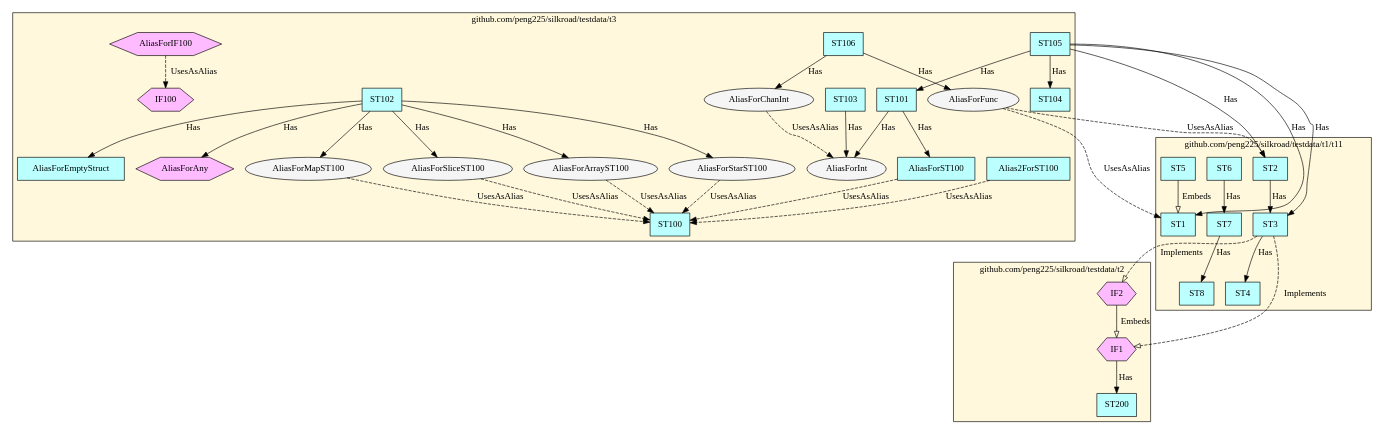
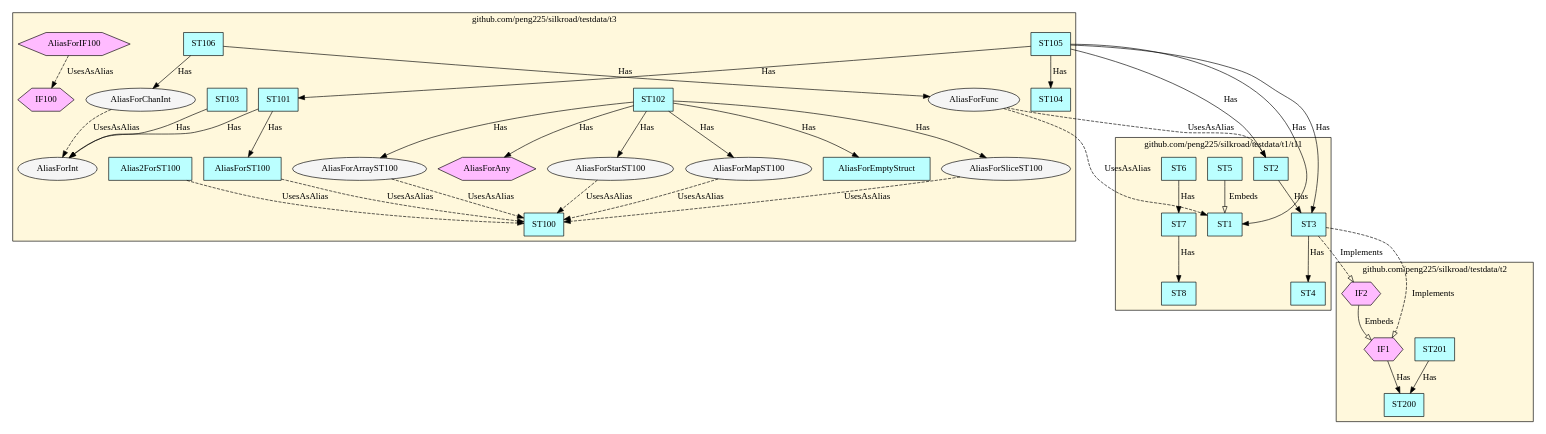
The diagram in test2.dot (peng225/silkroad), drawn with Graphviz before and after one commit. The commit also changed 6 other files, not shown here.

```diff
--- a/test2.dot
+++ b/test2.dot
@@ -1,10 +1,36 @@
 digraph G {
 node[style="filled" fillcolor="whitesmoke"]
+subgraph cluster_github_com_peng225_silkroad_testdata_t3 {
+  label = "github.com/peng225/silkroad/testdata/t3";
+  style = "solid";
+  bgcolor = "cornsilk";
+  "github.com/peng225/silkroad/testdata/t3.AliasForEmptyStruct" [label="AliasForEmptyStruct" shape="rect" fillcolor="paleturquoise1"];
+  "github.com/peng225/silkroad/testdata/t3.ST100" [label="ST100" shape="rect" fillcolor="paleturquoise1"];
+  "github.com/peng225/silkroad/testdata/t3.ST102" [label="ST102" shape="rect" fillcolor="paleturquoise1"];
+  "github.com/peng225/silkroad/testdata/t3.ST106" [label="ST106" shape="rect" fillcolor="paleturquoise1"];
+  "github.com/peng225/silkroad/testdata/t3.ST105" [label="ST105" shape="rect" fillcolor="paleturquoise1"];
+  "github.com/peng225/silkroad/testdata/t3.AliasForST100" [label="AliasForST100" shape="rect" fillcolor="paleturquoise1"];
+  "github.com/peng225/silkroad/testdata/t3.Alias2ForST100" [label="Alias2ForST100" shape="rect" fillcolor="paleturquoise1"];
+  "github.com/peng225/silkroad/testdata/t3.ST101" [label="ST101" shape="rect" fillcolor="paleturquoise1"];
+  "github.com/peng225/silkroad/testdata/t3.ST103" [label="ST103" shape="rect" fillcolor="paleturquoise1"];
+  "github.com/peng225/silkroad/testdata/t3.ST104" [label="ST104" shape="rect" fillcolor="paleturquoise1"];
+  "github.com/peng225/silkroad/testdata/t3.AliasForIF100" [label="AliasForIF100" shape="hexagon" fillcolor="plum1"];
+  "github.com/peng225/silkroad/testdata/t3.AliasForAny" [label="AliasForAny" shape="hexagon" fillcolor="plum1"];
+  "github.com/peng225/silkroad/testdata/t3.IF100" [label="IF100" shape="hexagon" fillcolor="plum1"];
+  "github.com/peng225/silkroad/testdata/t3.AliasForInt" [label="AliasForInt" shape="ellipse" fillcolor="whitesmoke"];
+  "github.com/peng225/silkroad/testdata/t3.AliasForFunc" [label="AliasForFunc" shape="ellipse" fillcolor="whitesmoke"];
+  "github.com/peng225/silkroad/testdata/t3.AliasForMapST100" [label="AliasForMapST100" shape="ellipse" fillcolor="whitesmoke"];
+  "github.com/peng225/silkroad/testdata/t3.AliasForSliceST100" [label="AliasForSliceST100" shape="ellipse" fillcolor="whitesmoke"];
+  "github.com/peng225/silkroad/testdata/t3.AliasForArrayST100" [label="AliasForArrayST100" shape="ellipse" fillcolor="whitesmoke"];
+  "github.com/peng225/silkroad/testdata/t3.AliasForStarST100" [label="AliasForStarST100" shape="ellipse" fillcolor="whitesmoke"];
+  "github.com/peng225/silkroad/testdata/t3.AliasForChanInt" [label="AliasForChanInt" shape="ellipse" fillcolor="whitesmoke"];
+}
 subgraph cluster_github_com_peng225_silkroad_testdata_t2 {
   label = "github.com/peng225/silkroad/testdata/t2";
   style = "solid";
   bgcolor = "cornsilk";
   "github.com/peng225/silkroad/testdata/t2.ST200" [label="ST200" shape="rect" fillcolor="paleturquoise1"];
+  "github.com/peng225/silkroad/testdata/t2.ST201" [label="ST201" shape="rect" fillcolor="paleturquoise1"];
   "github.com/peng225/silkroad/testdata/t2.IF1" [label="IF1" shape="hexagon" fillcolor="plum1"];
   "github.com/peng225/silkroad/testdata/t2.IF2" [label="IF2" shape="hexagon" fillcolor="plum1"];
 }
@@ -12,73 +38,49 @@
   label = "github.com/peng225/silkroad/testdata/t1/t11";
   style = "solid";
   bgcolor = "cornsilk";
+  "github.com/peng225/silkroad/testdata/t1/t11.ST3" [label="ST3" shape="rect" fillcolor="paleturquoise1"];
+  "github.com/peng225/silkroad/testdata/t1/t11.ST4" [label="ST4" shape="rect" fillcolor="paleturquoise1"];
+  "github.com/peng225/silkroad/testdata/t1/t11.ST5" [label="ST5" shape="rect" fillcolor="paleturquoise1"];
   "github.com/peng225/silkroad/testdata/t1/t11.ST6" [label="ST6" shape="rect" fillcolor="paleturquoise1"];
   "github.com/peng225/silkroad/testdata/t1/t11.ST7" [label="ST7" shape="rect" fillcolor="paleturquoise1"];
   "github.com/peng225/silkroad/testdata/t1/t11.ST8" [label="ST8" shape="rect" fillcolor="paleturquoise1"];
   "github.com/peng225/silkroad/testdata/t1/t11.ST1" [label="ST1" shape="rect" fillcolor="paleturquoise1"];
   "github.com/peng225/silkroad/testdata/t1/t11.ST2" [label="ST2" shape="rect" fillcolor="paleturquoise1"];
-  "github.com/peng225/silkroad/testdata/t1/t11.ST3" [label="ST3" shape="rect" fillcolor="paleturquoise1"];
-  "github.com/peng225/silkroad/testdata/t1/t11.ST4" [label="ST4" shape="rect" fillcolor="paleturquoise1"];
-  "github.com/peng225/silkroad/testdata/t1/t11.ST5" [label="ST5" shape="rect" fillcolor="paleturquoise1"];
 }
-subgraph cluster_github_com_peng225_silkroad_testdata_t3 {
-  label = "github.com/peng225/silkroad/testdata/t3";
-  style = "solid";
-  bgcolor = "cornsilk";
-  "github.com/peng225/silkroad/testdata/t3.Alias2ForST100" [label="Alias2ForST100" shape="rect" fillcolor="paleturquoise1"];
-  "github.com/peng225/silkroad/testdata/t3.ST100" [label="ST100" shape="rect" fillcolor="paleturquoise1"];
-  "github.com/peng225/silkroad/testdata/t3.ST103" [label="ST103" shape="rect" fillcolor="paleturquoise1"];
-  "github.com/peng225/silkroad/testdata/t3.ST104" [label="ST104" shape="rect" fillcolor="paleturquoise1"];
-  "github.com/peng225/silkroad/testdata/t3.ST105" [label="ST105" shape="rect" fillcolor="paleturquoise1"];
-  "github.com/peng225/silkroad/testdata/t3.ST106" [label="ST106" shape="rect" fillcolor="paleturquoise1"];
-  "github.com/peng225/silkroad/testdata/t3.AliasForST100" [label="AliasForST100" shape="rect" fillcolor="paleturquoise1"];
-  "github.com/peng225/silkroad/testdata/t3.AliasForEmptyStruct" [label="AliasForEmptyStruct" shape="rect" fillcolor="paleturquoise1"];
-  "github.com/peng225/silkroad/testdata/t3.ST101" [label="ST101" shape="rect" fillcolor="paleturquoise1"];
-  "github.com/peng225/silkroad/testdata/t3.ST102" [label="ST102" shape="rect" fillcolor="paleturquoise1"];
-  "github.com/peng225/silkroad/testdata/t3.AliasForIF100" [label="AliasForIF100" shape="hexagon" fillcolor="plum1"];
-  "github.com/peng225/silkroad/testdata/t3.AliasForAny" [label="AliasForAny" shape="hexagon" fillcolor="plum1"];
-  "github.com/peng225/silkroad/testdata/t3.IF100" [label="IF100" shape="hexagon" fillcolor="plum1"];
-  "github.com/peng225/silkroad/testdata/t3.AliasForMapST100" [label="AliasForMapST100" shape="ellipse" fillcolor="whitesmoke"];
-  "github.com/peng225/silkroad/testdata/t3.AliasForSliceST100" [label="AliasForSliceST100" shape="ellipse" fillcolor="whitesmoke"];
-  "github.com/peng225/silkroad/testdata/t3.AliasForArrayST100" [label="AliasForArrayST100" shape="ellipse" fillcolor="whitesmoke"];
-  "github.com/peng225/silkroad/testdata/t3.AliasForStarST100" [label="AliasForStarST100" shape="ellipse" fillcolor="whitesmoke"];
-  "github.com/peng225/silkroad/testdata/t3.AliasForChanInt" [label="AliasForChanInt" shape="ellipse" fillcolor="whitesmoke"];
-  "github.com/peng225/silkroad/testdata/t3.AliasForInt" [label="AliasForInt" shape="ellipse" fillcolor="whitesmoke"];
-  "github.com/peng225/silkroad/testdata/t3.AliasForFunc" [label="AliasForFunc" shape="ellipse" fillcolor="whitesmoke"];
-}
-"github.com/peng225/silkroad/testdata/t3.AliasForMapST100" -> "github.com/peng225/silkroad/testdata/t3.ST100" [label="UsesAsAlias" arrowhead="normal" style="dashed"];
-"github.com/peng225/silkroad/testdata/t3.AliasForSliceST100" -> "github.com/peng225/silkroad/testdata/t3.ST100" [label="UsesAsAlias" arrowhead="normal" style="dashed"];
-"github.com/peng225/silkroad/testdata/t3.AliasForIF100" -> "github.com/peng225/silkroad/testdata/t3.IF100" [label="UsesAsAlias" arrowhead="normal" style="dashed"];
-"github.com/peng225/silkroad/testdata/t3.ST101" -> "github.com/peng225/silkroad/testdata/t3.AliasForST100" [label="Has" arrowhead="normal" style="solid"];
-"github.com/peng225/silkroad/testdata/t3.ST101" -> "github.com/peng225/silkroad/testdata/t3.AliasForInt" [label="Has" arrowhead="normal" style="solid"];
-"github.com/peng225/silkroad/testdata/t3.ST103" -> "github.com/peng225/silkroad/testdata/t3.AliasForInt" [label="Has" arrowhead="normal" style="solid"];
+"github.com/peng225/silkroad/testdata/t3.AliasForChanInt" -> "github.com/peng225/silkroad/testdata/t3.AliasForInt" [label="UsesAsAlias" arrowhead="normal" style="dashed"];
+"github.com/peng225/silkroad/testdata/t3.ST102" -> "github.com/peng225/silkroad/testdata/t3.AliasForArrayST100" [label="Has" arrowhead="normal" style="solid"];
 "github.com/peng225/silkroad/testdata/t3.ST102" -> "github.com/peng225/silkroad/testdata/t3.AliasForSliceST100" [label="Has" arrowhead="normal" style="solid"];
 "github.com/peng225/silkroad/testdata/t3.ST102" -> "github.com/peng225/silkroad/testdata/t3.AliasForMapST100" [label="Has" arrowhead="normal" style="solid"];
 "github.com/peng225/silkroad/testdata/t3.ST102" -> "github.com/peng225/silkroad/testdata/t3.AliasForAny" [label="Has" arrowhead="normal" style="solid"];
 "github.com/peng225/silkroad/testdata/t3.ST102" -> "github.com/peng225/silkroad/testdata/t3.AliasForEmptyStruct" [label="Has" arrowhead="normal" style="solid"];
 "github.com/peng225/silkroad/testdata/t3.ST102" -> "github.com/peng225/silkroad/testdata/t3.AliasForStarST100" [label="Has" arrowhead="normal" style="solid"];
-"github.com/peng225/silkroad/testdata/t3.ST102" -> "github.com/peng225/silkroad/testdata/t3.AliasForArrayST100" [label="Has" arrowhead="normal" style="solid"];
-"github.com/peng225/silkroad/testdata/t1/t11.ST3" -> "github.com/peng225/silkroad/testdata/t1/t11.ST4" [label="Has" arrowhead="normal" style="solid"];
+"github.com/peng225/silkroad/testdata/t2.IF2" -> "github.com/peng225/silkroad/testdata/t2.IF1" [label="Embeds" arrowhead="empty" style="solid"];
+"github.com/peng225/silkroad/testdata/t3.ST101" -> "github.com/peng225/silkroad/testdata/t3.AliasForST100" [label="Has" arrowhead="normal" style="solid"];
+"github.com/peng225/silkroad/testdata/t3.ST101" -> "github.com/peng225/silkroad/testdata/t3.AliasForInt" [label="Has" arrowhead="normal" style="solid"];
+"github.com/peng225/silkroad/testdata/t3.AliasForIF100" -> "github.com/peng225/silkroad/testdata/t3.IF100" [label="UsesAsAlias" arrowhead="normal" style="dashed"];
+"github.com/peng225/silkroad/testdata/t3.AliasForFunc" -> "github.com/peng225/silkroad/testdata/t1/t11.ST2" [label="UsesAsAlias" arrowhead="normal" style="dashed"];
+"github.com/peng225/silkroad/testdata/t3.AliasForFunc" -> "github.com/peng225/silkroad/testdata/t1/t11.ST1" [label="UsesAsAlias" arrowhead="normal" style="dashed"];
+"github.com/peng225/silkroad/testdata/t2.IF1" -> "github.com/peng225/silkroad/testdata/t2.ST200" [label="Has" arrowhead="normal" style="solid"];
 "github.com/peng225/silkroad/testdata/t1/t11.ST3" -> "github.com/peng225/silkroad/testdata/t2.IF1" [label="Implements" arrowhead="empty" style="dashed"];
 "github.com/peng225/silkroad/testdata/t1/t11.ST3" -> "github.com/peng225/silkroad/testdata/t2.IF2" [label="Implements" arrowhead="empty" style="dashed"];
+"github.com/peng225/silkroad/testdata/t1/t11.ST3" -> "github.com/peng225/silkroad/testdata/t1/t11.ST4" [label="Has" arrowhead="normal" style="solid"];
+"github.com/peng225/silkroad/testdata/t3.Alias2ForST100" -> "github.com/peng225/silkroad/testdata/t3.ST100" [label="UsesAsAlias" arrowhead="normal" style="dashed"];
+"github.com/peng225/silkroad/testdata/t1/t11.ST7" -> "github.com/peng225/silkroad/testdata/t1/t11.ST8" [label="Has" arrowhead="normal" style="solid"];
 "github.com/peng225/silkroad/testdata/t1/t11.ST6" -> "github.com/peng225/silkroad/testdata/t1/t11.ST7" [label="Has" arrowhead="normal" style="solid"];
+"github.com/peng225/silkroad/testdata/t3.AliasForStarST100" -> "github.com/peng225/silkroad/testdata/t3.ST100" [label="UsesAsAlias" arrowhead="normal" style="dashed"];
+"github.com/peng225/silkroad/testdata/t3.ST105" -> "github.com/peng225/silkroad/testdata/t1/t11.ST3" [label="Has" arrowhead="normal" style="solid"];
 "github.com/peng225/silkroad/testdata/t3.ST105" -> "github.com/peng225/silkroad/testdata/t3.ST101" [label="Has" arrowhead="normal" style="solid"];
 "github.com/peng225/silkroad/testdata/t3.ST105" -> "github.com/peng225/silkroad/testdata/t3.ST104" [label="Has" arrowhead="normal" style="solid"];
 "github.com/peng225/silkroad/testdata/t3.ST105" -> "github.com/peng225/silkroad/testdata/t1/t11.ST1" [label="Has" arrowhead="normal" style="solid"];
 "github.com/peng225/silkroad/testdata/t3.ST105" -> "github.com/peng225/silkroad/testdata/t1/t11.ST2" [label="Has" arrowhead="normal" style="solid"];
-"github.com/peng225/silkroad/testdata/t3.ST105" -> "github.com/peng225/silkroad/testdata/t1/t11.ST3" [label="Has" arrowhead="normal" style="solid"];
 "github.com/peng225/silkroad/testdata/t1/t11.ST2" -> "github.com/peng225/silkroad/testdata/t1/t11.ST3" [label="Has" arrowhead="normal" style="solid"];
-"github.com/peng225/silkroad/testdata/t3.AliasForFunc" -> "github.com/peng225/silkroad/testdata/t1/t11.ST1" [label="UsesAsAlias" arrowhead="normal" style="dashed"];
-"github.com/peng225/silkroad/testdata/t3.AliasForFunc" -> "github.com/peng225/silkroad/testdata/t1/t11.ST2" [label="UsesAsAlias" arrowhead="normal" style="dashed"];
-"github.com/peng225/silkroad/testdata/t3.AliasForStarST100" -> "github.com/peng225/silkroad/testdata/t3.ST100" [label="UsesAsAlias" arrowhead="normal" style="dashed"];
+"github.com/peng225/silkroad/testdata/t2.ST201" -> "github.com/peng225/silkroad/testdata/t2.ST200" [label="Has" arrowhead="normal" style="solid"];
+"github.com/peng225/silkroad/testdata/t3.AliasForSliceST100" -> "github.com/peng225/silkroad/testdata/t3.ST100" [label="UsesAsAlias" arrowhead="normal" style="dashed"];
+"github.com/peng225/silkroad/testdata/t3.AliasForArrayST100" -> "github.com/peng225/silkroad/testdata/t3.ST100" [label="UsesAsAlias" arrowhead="normal" style="dashed"];
+"github.com/peng225/silkroad/testdata/t1/t11.ST5" -> "github.com/peng225/silkroad/testdata/t1/t11.ST1" [label="Embeds" arrowhead="empty" style="solid"];
 "github.com/peng225/silkroad/testdata/t3.AliasForST100" -> "github.com/peng225/silkroad/testdata/t3.ST100" [label="UsesAsAlias" arrowhead="normal" style="dashed"];
-"github.com/peng225/silkroad/testdata/t3.AliasForArrayST100" -> "github.com/peng225/silkroad/testdata/t3.ST100" [label="UsesAsAlias" arrowhead="normal" style="dashed"];
-"github.com/peng225/silkroad/testdata/t2.IF1" -> "github.com/peng225/silkroad/testdata/t2.ST200" [label="Has" arrowhead="normal" style="solid"];
-"github.com/peng225/silkroad/testdata/t3.Alias2ForST100" -> "github.com/peng225/silkroad/testdata/t3.ST100" [label="UsesAsAlias" arrowhead="normal" style="dashed"];
-"github.com/peng225/silkroad/testdata/t3.AliasForChanInt" -> "github.com/peng225/silkroad/testdata/t3.AliasForInt" [label="UsesAsAlias" arrowhead="normal" style="dashed"];
+"github.com/peng225/silkroad/testdata/t3.AliasForMapST100" -> "github.com/peng225/silkroad/testdata/t3.ST100" [label="UsesAsAlias" arrowhead="normal" style="dashed"];
+"github.com/peng225/silkroad/testdata/t3.ST103" -> "github.com/peng225/silkroad/testdata/t3.AliasForInt" [label="Has" arrowhead="normal" style="solid"];
+"github.com/peng225/silkroad/testdata/t3.ST106" -> "github.com/peng225/silkroad/testdata/t3.AliasForFunc" [label="Has" arrowhead="normal" style="solid"];
 "github.com/peng225/silkroad/testdata/t3.ST106" -> "github.com/peng225/silkroad/testdata/t3.AliasForChanInt" [label="Has" arrowhead="normal" style="solid"];
-"github.com/peng225/silkroad/testdata/t3.ST106" -> "github.com/peng225/silkroad/testdata/t3.AliasForFunc" [label="Has" arrowhead="normal" style="solid"];
-"github.com/peng225/silkroad/testdata/t2.IF2" -> "github.com/peng225/silkroad/testdata/t2.IF1" [label="Embeds" arrowhead="empty" style="solid"];
-"github.com/peng225/silkroad/testdata/t1/t11.ST5" -> "github.com/peng225/silkroad/testdata/t1/t11.ST1" [label="Embeds" arrowhead="empty" style="solid"];
-"github.com/peng225/silkroad/testdata/t1/t11.ST7" -> "github.com/peng225/silkroad/testdata/t1/t11.ST8" [label="Has" arrowhead="normal" style="solid"];
 }
```
